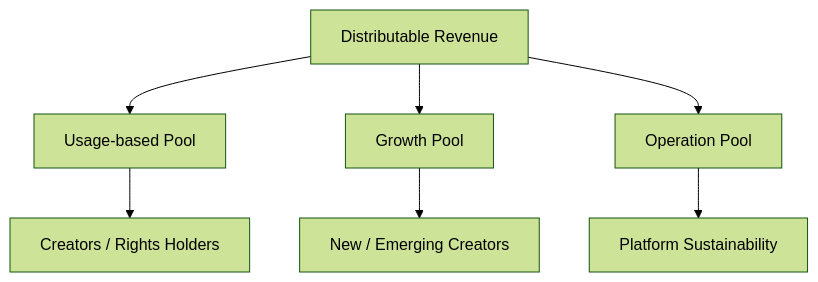
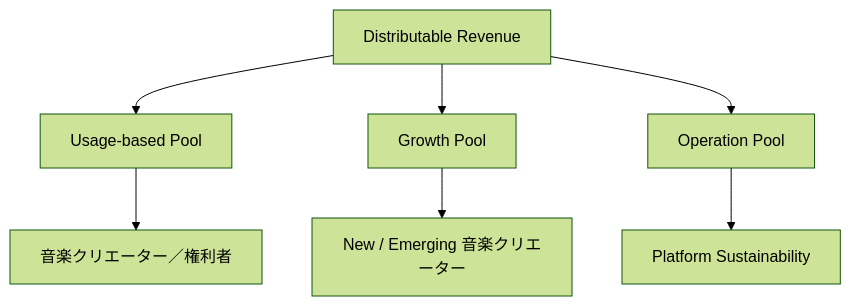
Before and after one commit to ShigeichiroYamasaki/creator-first-platform: the tenth of 17 diagrams in docs/whitepaper/03-rights-and-money.md, drawn with Mermaid (forest theme). The commit also changed other lines of this file and 67 other files, not shown here.

````diff
--- a/docs/whitepaper/03-rights-and-money.md
+++ b/docs/whitepaper/03-rights-and-money.md
@@ -252,10 +252,10 @@
 ```mermaid
 flowchart TD
     REV[Distributable Revenue]
     REV --> U[Usage-based Pool]
     REV --> G[Growth Pool]
     REV --> O[Operation Pool]
-    U --> RIGHTS[Creators / Rights Holders]
-    G --> NEW[New / Emerging Creators]
+    U --> RIGHTS[音楽クリエーター／権利者]
+    G --> NEW[New / Emerging 音楽クリエーター]
     O --> PLATFORM[Platform Sustainability]
 ```
````
